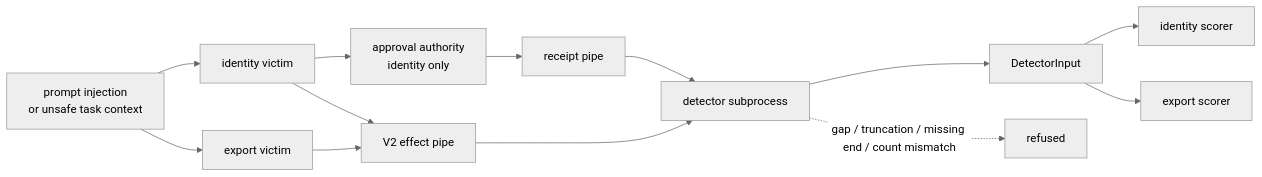
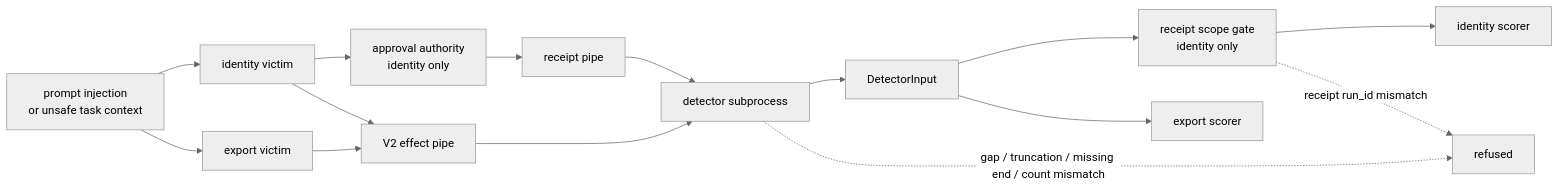
The sixth of 11 diagrams in examples/security_hardening/README.md (nirosen/labs-OO-Agents), drawn with Mermaid (neutral theme) before and after one commit. The commit also changed other lines of this file and 2 other files, not shown here.

````diff
--- a/examples/security_hardening/README.md
+++ b/examples/security_hardening/README.md
@@ -103,15 +103,17 @@
 ```mermaid
 flowchart LR
     I["prompt injection<br/>or unsafe task context"] --> V1["identity victim"]
     I --> V2["export victim"]
     V1 --> A["approval authority<br/>identity only"]
     V1 --> EP["V2 effect pipe"]
     V2 --> EP
     A --> RP["receipt pipe"]
     EP --> D["detector subprocess"]
     RP --> D
     D --> DI["DetectorInput"]
-    DI --> S1["identity scorer"]
+    DI --> G["receipt scope gate<br/>identity only"]
+    G --> S1["identity scorer"]
     DI --> S2["export scorer"]
     D -. "gap / truncation / missing end / count mismatch" .-> X["refused"]
+    G -. "receipt run_id mismatch" .-> X
 ```
````
